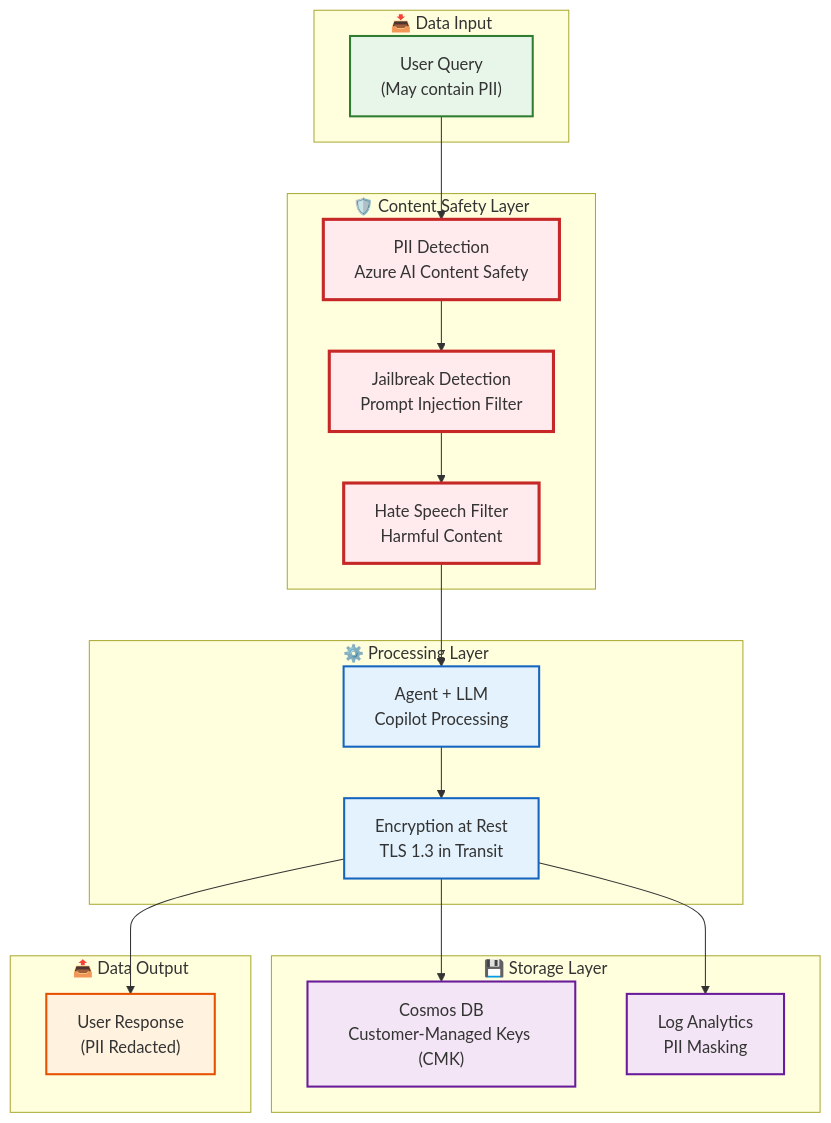
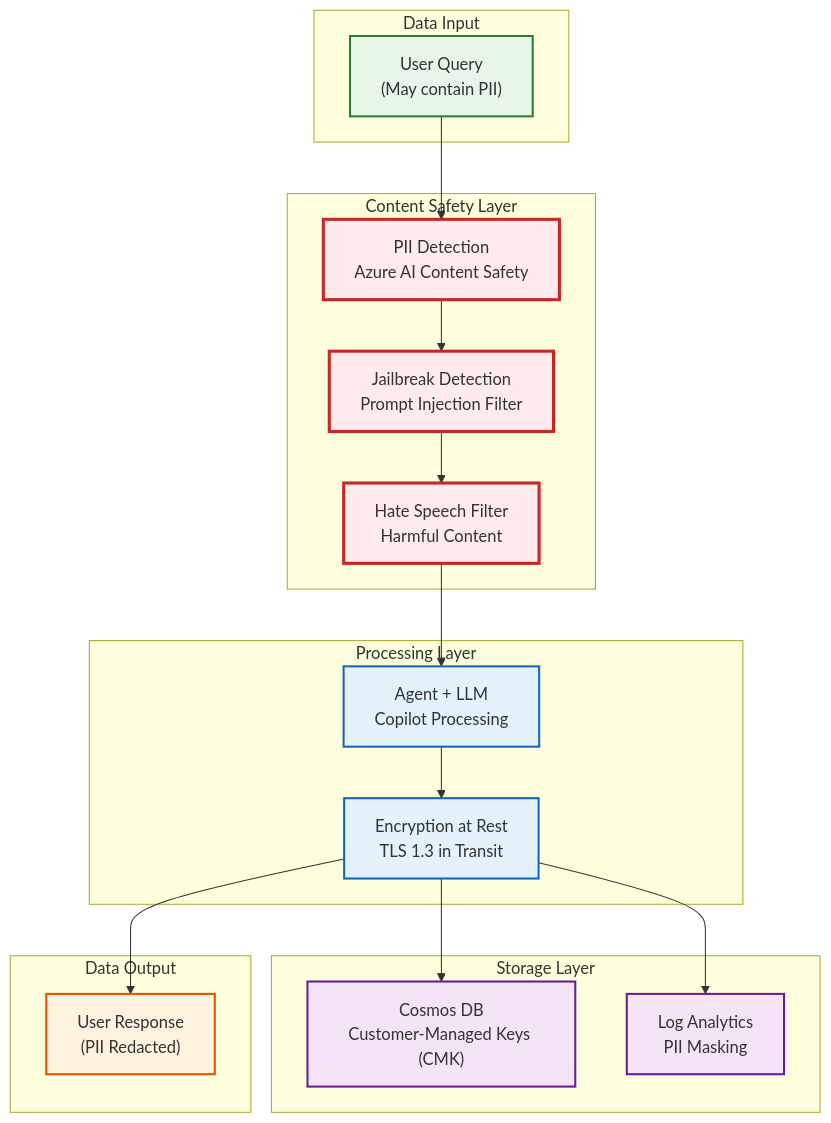
One commit to Px8Studio/adk-python changed diagram 12 of 19 in backend/etl/docs/ARCHITECTURE_DNB_FUTURE.md. Above: the diagram before and after it, drawn with Mermaid. The commit also changed other lines of this file and 1 other file, not shown here.

Commit message:
feat: update DNB Agentic AI management brief to streamline content, remove the 90-day plan, and enhance focus on agent capabilities and readiness questions

````diff
--- a/backend/etl/docs/ARCHITECTURE_DNB_FUTURE.md
+++ b/backend/etl/docs/ARCHITECTURE_DNB_FUTURE.md
@@ -1028,47 +957,47 @@
 ```mermaid
 graph TB
-    subgraph Input["📥 Data Input"]
+    subgraph Input["Data Input"]
         User_Query["User Query<br/>(May contain PII)"]
     end
     
-    subgraph Safety_Layer["🛡️ Content Safety Layer"]
+    subgraph Safety_Layer["Content Safety Layer"]
         PII_Detection["PII Detection<br/>Azure AI Content Safety"]
         Jailbreak["Jailbreak Detection<br/>Prompt Injection Filter"]
         Hate_Speech["Hate Speech Filter<br/>Harmful Content"]
     end
     
-    subgraph Processing["⚙️ Processing Layer"]
+    subgraph Processing["Processing Layer"]
         Agent_LLM["Agent + LLM<br/>Copilot Processing"]
         Encryption["Encryption at Rest<br/>TLS 1.3 in Transit"]
     end
     
-    subgraph Storage["💾 Storage Layer"]
+    subgraph Storage["Storage Layer"]
         Cosmos_Encrypted["Cosmos DB<br/>Customer-Managed Keys (CMK)"]
         Logs_Masked["Log Analytics<br/>PII Masking"]
     end
     
-    subgraph Output["📤 Data Output"]
+    subgraph Output["Data Output"]
         Response["User Response<br/>(PII Redacted)"]
     end
     
     User_Query --> PII_Detection
     PII_Detection --> Jailbreak
     Jailbreak --> Hate_Speech
     Hate_Speech --> Agent_LLM
     Agent_LLM --> Encryption
     Encryption --> Cosmos_Encrypted
     Encryption --> Logs_Masked
     Encryption --> Response
 
     classDef input fill:#e8f5e9,stroke:#2e7d32,stroke-width:2px
     classDef safety fill:#ffebee,stroke:#c62828,stroke-width:3px
     classDef processing fill:#e3f2fd,stroke:#1565c0,stroke-width:2px
     classDef storage fill:#f3e5f5,stroke:#6a1b9a,stroke-width:2px
     classDef output fill:#fff3e0,stroke:#e65100,stroke-width:2px
     
     class User_Query input
     class PII_Detection,Jailbreak,Hate_Speech safety
     class Agent_LLM,Encryption processing
     class Cosmos_Encrypted,Logs_Masked storage
     class Response output
 ```
````
